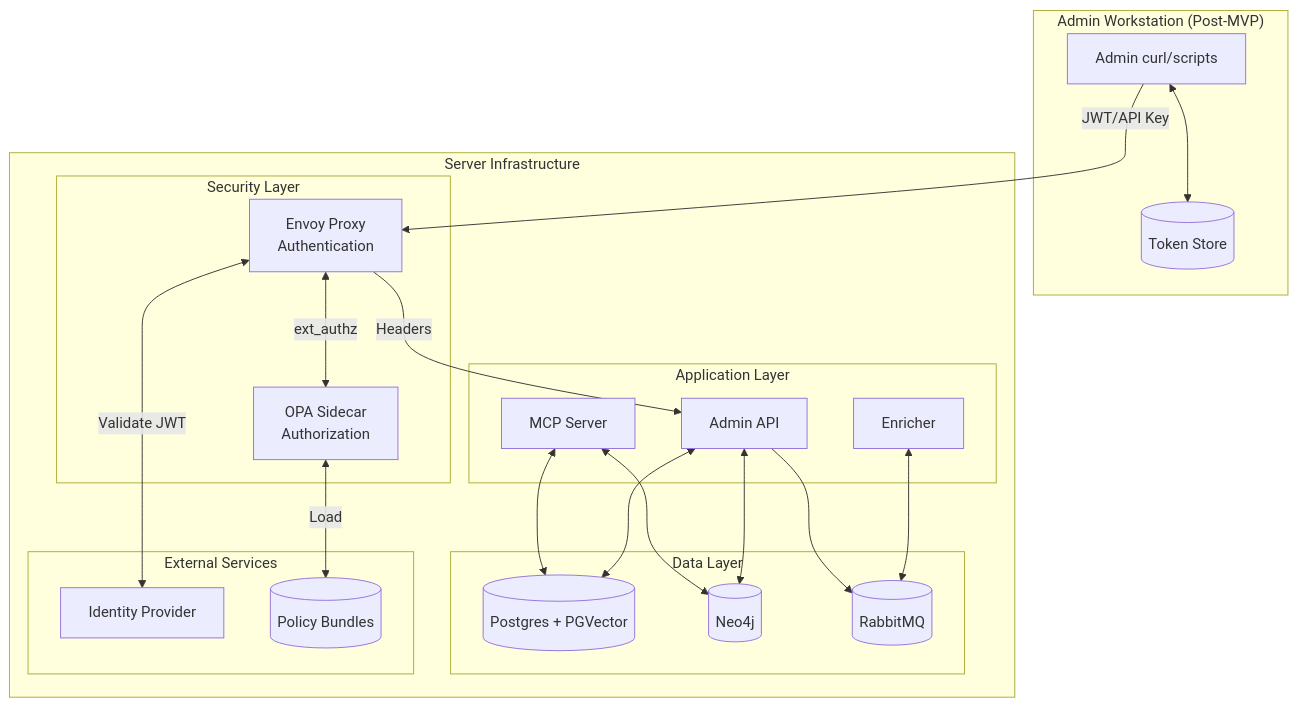
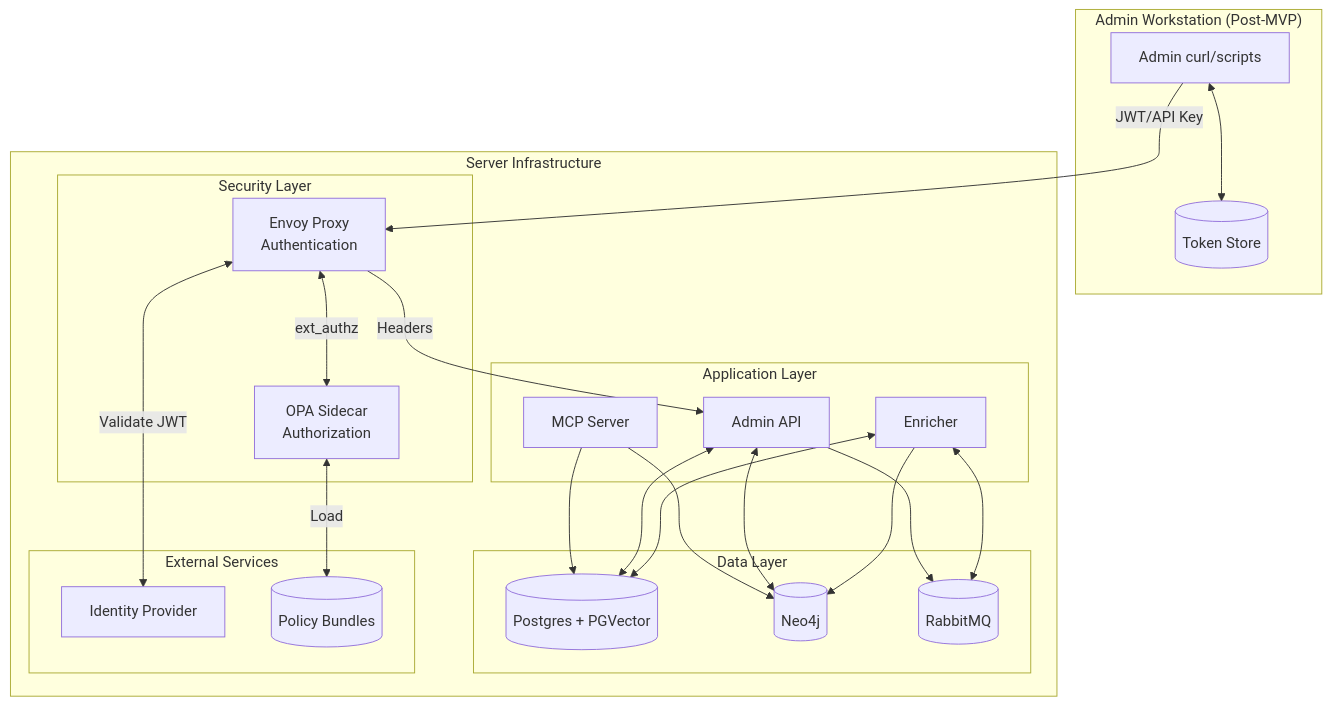
Before and after one commit to twistingmercury/mnemonic-docs: the fourth of 10 diagrams in docs/architecture/system/01-security-architecture.md, drawn with Mermaid. The commit also changed other lines of this file and 41 other files, not shown here.

````diff
--- a/docs/architecture/system/01-security-architecture.md
+++ b/docs/architecture/system/01-security-architecture.md
@@ -234,44 +253,46 @@
 ```mermaid
 graph TB
     subgraph "Admin Workstation (Post-MVP)"
         ADMIN[Admin curl/scripts]
         TS[(Token Store)]
     end
 
     subgraph "Server Infrastructure"
         subgraph "Security Layer"
             ENV[Envoy Proxy<br/>Authentication]
             OPA[OPA Sidecar<br/>Authorization]
         end
 
         subgraph "Application Layer"
             MCP[MCP Server]
             API[Admin API]
             ENR[Enricher]
         end
 
         subgraph "Data Layer"
             PG[(Postgres + PGVector)]
             NEO[(Neo4j)]
             RMQ[(RabbitMQ)]
         end
 
         subgraph "External Services"
             IDP[Identity Provider]
             BUNDLES[(Policy Bundles)]
         end
     end
 
     ADMIN <--> TS
     ADMIN -->|"JWT/API Key"| ENV
     ENV <-->|"ext_authz"| OPA
     OPA <-->|"Load"| BUNDLES
     ENV <-->|"Validate JWT"| IDP
     ENV -->|"Headers"| API
-    MCP <--> PG
-    MCP <--> NEO
+    MCP --> PG
+    MCP --> NEO
     API <--> PG
     API <--> NEO
     API --> RMQ
     ENR <--> RMQ
+    ENR <--> PG
+    ENR --> NEO
 ```
````
